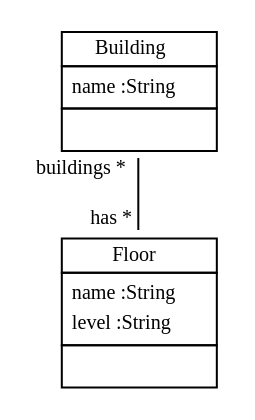
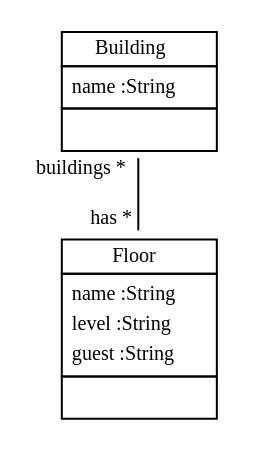
Before and after one commit to fujaba/SDMLib: the diagram in doc/DerivedFromGenericObjectsClassDiag.dot, drawn with Graphviz. The commit also changed 107 other files, not shown here.

```diff
--- a/doc/DerivedFromGenericObjectsClassDiag.dot
+++ b/doc/DerivedFromGenericObjectsClassDiag.dot
@@ -1,13 +1,13 @@
 
  digraph ClassDiagram {
     node [shape = none, fontsize = 10]; 
     edge [fontsize = 10];
     
     
     _Building [label=<<table border='0' cellborder='1' cellspacing='0'> <tr> <td>Building</td> </tr> <tr><td><table border='0' cellborder='0' cellspacing='0'> <tr><td align='left'>name :String</td></tr>  </table></td></tr> <tr><td><table border='0' cellborder='0' cellspacing='0'> <tr><td> </td></tr> </table></td></tr> </table>>];
-    _Floor [label=<<table border='0' cellborder='1' cellspacing='0'> <tr> <td>Floor</td> </tr> <tr><td><table border='0' cellborder='0' cellspacing='0'> <tr><td align='left'>name :String</td></tr> <tr><td align='left'>level :String</td></tr>  </table></td></tr> <tr><td><table border='0' cellborder='0' cellspacing='0'> <tr><td> </td></tr> </table></td></tr> </table>>];
+    _Floor [label=<<table border='0' cellborder='1' cellspacing='0'> <tr> <td>Floor</td> </tr> <tr><td><table border='0' cellborder='0' cellspacing='0'> <tr><td align='left'>name :String</td></tr> <tr><td align='left'>level :String</td></tr> <tr><td align='left'>guest :String</td></tr>  </table></td></tr> <tr><td><table border='0' cellborder='0' cellspacing='0'> <tr><td> </td></tr> </table></td></tr> </table>>];
     
     
     
     _Building -> _Floor [headlabel = "has *" taillabel = "buildings *" arrowhead = "none" ];
 }
```
